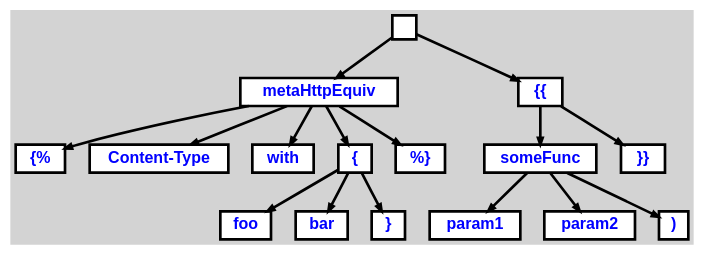
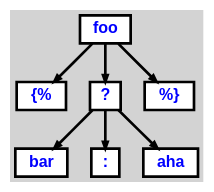
Before and after one commit to pulse00/Twig-Eclipse-Plugin: the diagram in com.dubture.twig.test/graph.dot, drawn with Graphviz. The commit also changed 15 other files, not shown here.

```diff
--- a/com.dubture.twig.test/graph.dot
+++ b/com.dubture.twig.test/graph.dot
@@ -1,46 +1,25 @@
 digraph {
 
 	ordering=out;
 	ranksep=.4;
 	bgcolor="lightgrey"; node [shape=box, fixedsize=false, fontsize=12, fontname="Helvetica-bold", fontcolor="blue"
 		width=.25, height=.25, color="black", fillcolor="white", style="filled, solid, bold"];
 	edge [arrowsize=.5, color="black", style="bold"]
 
-  n0 [label=""];
-  n1 [label="metaHttpEquiv"];
-  n1 [label="metaHttpEquiv"];
-  n2 [label="{%"];
-  n3 [label="Content-Type"];
-  n4 [label="with"];
-  n5 [label="{"];
-  n5 [label="{"];
-  n6 [label="foo"];
-  n7 [label="bar"];
-  n8 [label="}"];
-  n9 [label="%}"];
-  n10 [label="{{"];
-  n10 [label="{{"];
-  n11 [label="someFunc"];
-  n11 [label="someFunc"];
-  n12 [label="param1"];
-  n13 [label="param2"];
-  n14 [label=")"];
-  n15 [label="}}"];
+  n0 [label="foo"];
+  n1 [label="{%"];
+  n2 [label="?"];
+  n2 [label="?"];
+  n3 [label="bar"];
+  n4 [label=":"];
+  n5 [label="aha"];
+  n6 [label="%}"];
 
-  n0 -> n1 // "" -> "metaHttpEquiv"
-  n1 -> n2 // "metaHttpEquiv" -> "{%"
-  n1 -> n3 // "metaHttpEquiv" -> "Content-Type"
-  n1 -> n4 // "metaHttpEquiv" -> "with"
-  n1 -> n5 // "metaHttpEquiv" -> "{"
-  n5 -> n6 // "{" -> "foo"
-  n5 -> n7 // "{" -> "bar"
-  n5 -> n8 // "{" -> "}"
-  n1 -> n9 // "metaHttpEquiv" -> "%}"
-  n0 -> n10 // "" -> "{{"
-  n10 -> n11 // "{{" -> "someFunc"
-  n11 -> n12 // "someFunc" -> "param1"
-  n11 -> n13 // "someFunc" -> "param2"
-  n11 -> n14 // "someFunc" -> ")"
-  n10 -> n15 // "{{" -> "}}"
+  n0 -> n1 // "foo" -> "{%"
+  n0 -> n2 // "foo" -> "?"
+  n2 -> n3 // "?" -> "bar"
+  n2 -> n4 // "?" -> ":"
+  n2 -> n5 // "?" -> "aha"
+  n0 -> n6 // "foo" -> "%}"
 
 }
```
